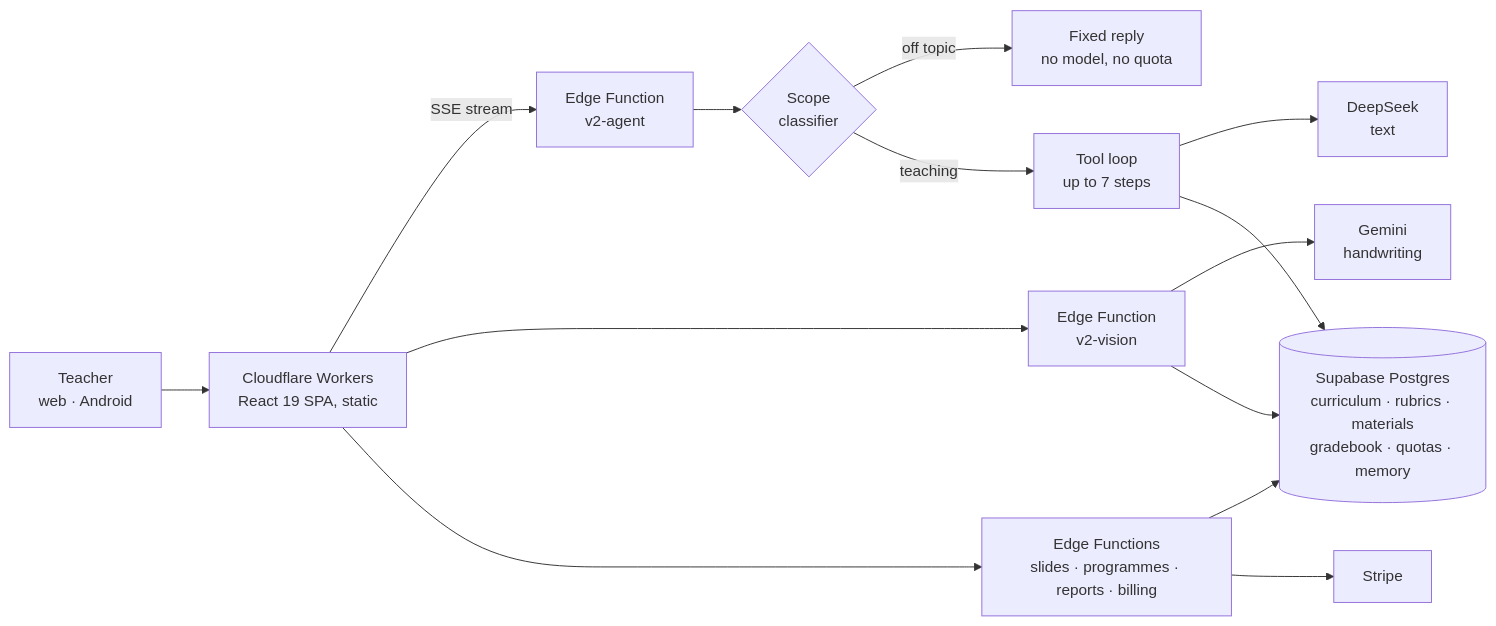
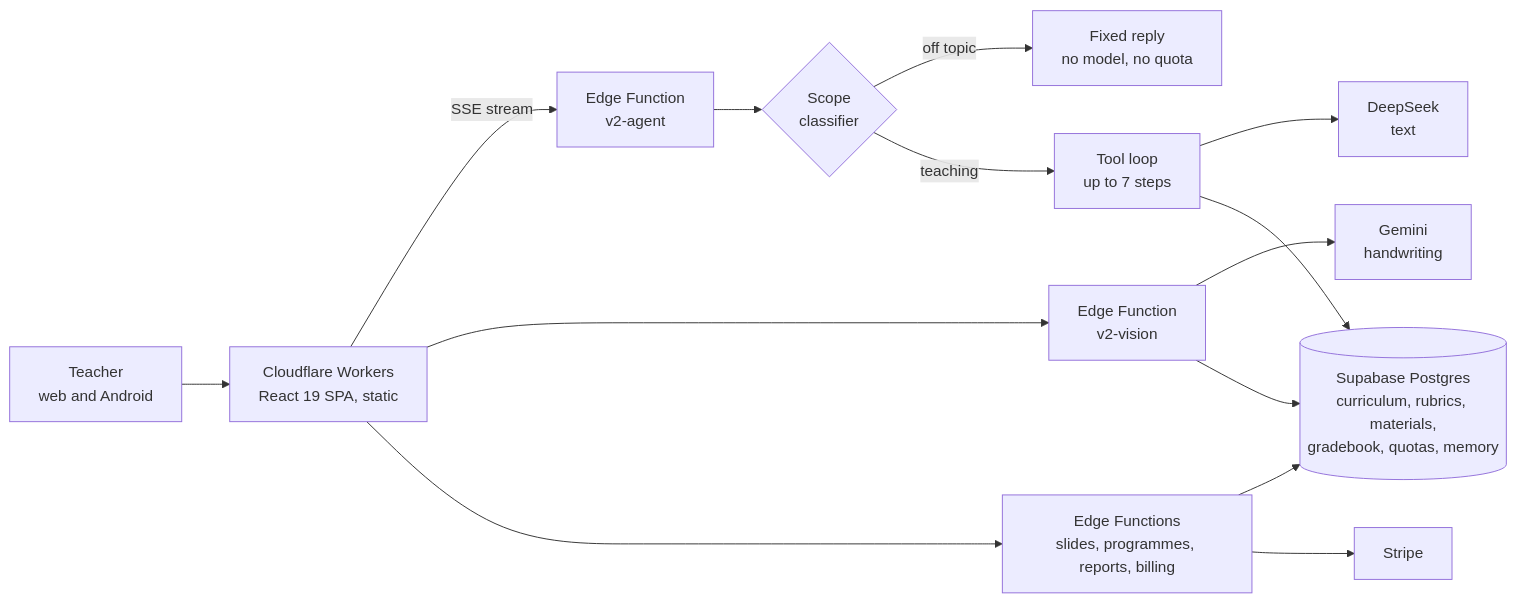
One commit to Ray86-dev/Ray86-dev changed the diagram in case-studies/educanarias.md. Above: the diagram before and after it, drawn with Mermaid. The commit also changed other lines of this file and 2 other files, not shown here.

Commit message:
Tablas sin fila de cabecera vacía y diagrama de arquitectura con etiquetas entrecomilladas

````diff
--- a/case-studies/educanarias.md
+++ b/case-studies/educanarias.md
@@ -39,18 +39,16 @@
 ```mermaid
 flowchart LR
-    T[Teacher<br>web · Android] --> CF[Cloudflare Workers<br>React 19 SPA, static]
-    CF -->|SSE stream| AG[Edge Function<br>v2-agent]
-    CF --> VI[Edge Function<br>v2-vision]
-    CF --> OT[Edge Functions<br>slides · programmes · reports · billing]
-
-    AG --> SC{Scope<br>classifier}
-    SC -->|off topic| FX[Fixed reply<br>no model, no quota]
-    SC -->|teaching| LOOP[Tool loop<br>up to 7 steps]
-    LOOP --> DS[DeepSeek<br>text]
-    VI --> GM[Gemini<br>handwriting]
-
-    LOOP --> PG[(Supabase Postgres<br>curriculum · rubrics · materials<br>gradebook · quotas · memory)]
+    T["Teacher<br/>web and Android"] --> CF["Cloudflare Workers<br/>React 19 SPA, static"]
+    CF -->|SSE stream| AG["Edge Function<br/>v2-agent"]
+    CF --> VI["Edge Function<br/>v2-vision"]
+    CF --> OT["Edge Functions<br/>slides, programmes, reports, billing"]
+    AG --> SC{"Scope<br/>classifier"}
+    SC -->|off topic| FX["Fixed reply<br/>no model, no quota"]
+    SC -->|teaching| LOOP["Tool loop<br/>up to 7 steps"]
+    LOOP --> DS["DeepSeek<br/>text"]
+    VI --> GM["Gemini<br/>handwriting"]
+    LOOP --> PG[("Supabase Postgres<br/>curriculum, rubrics, materials,<br/>gradebook, quotas, memory")]
     VI --> PG
     OT --> PG
-    OT --> ST[Stripe]
+    OT --> ST["Stripe"]
 ```
````
